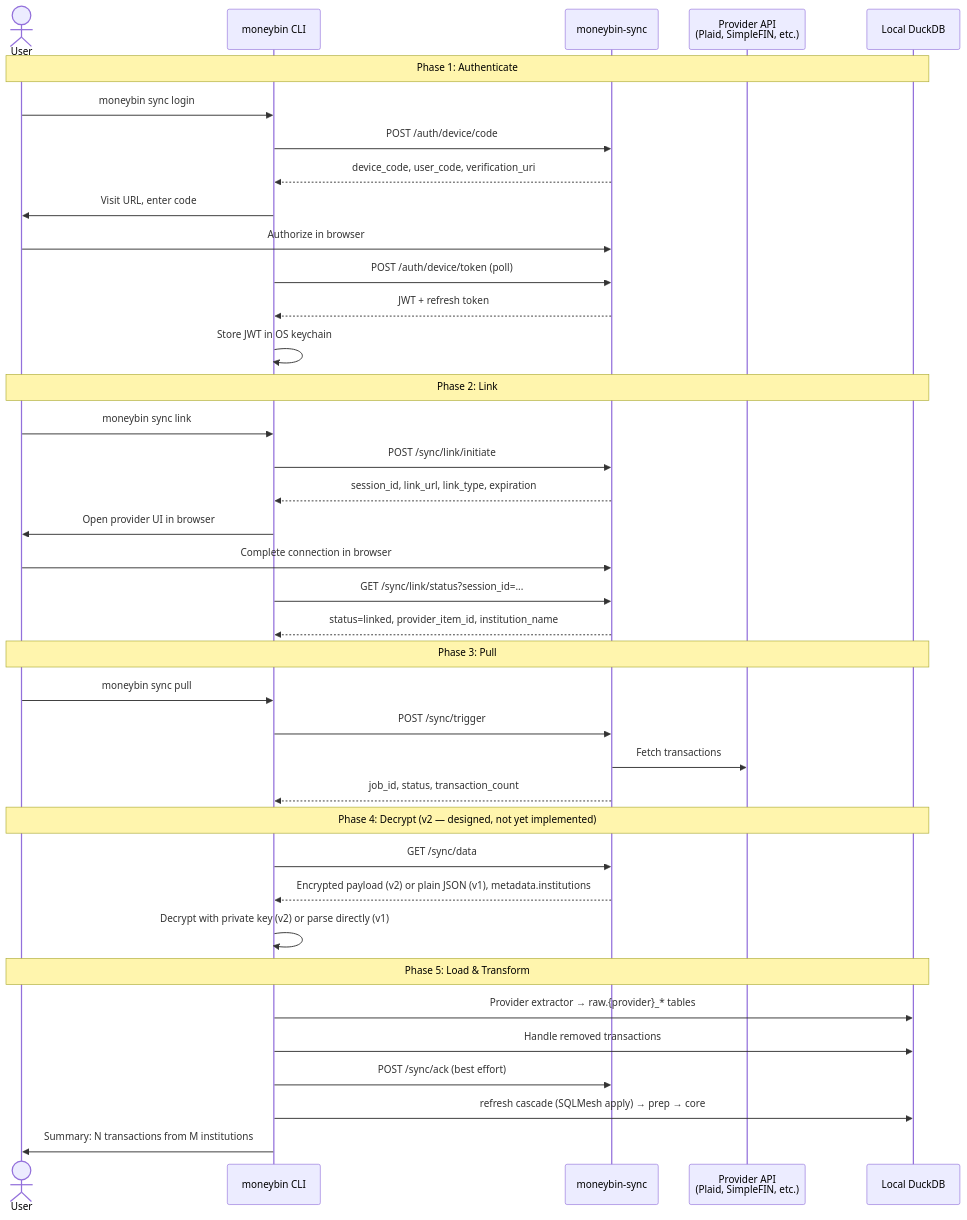
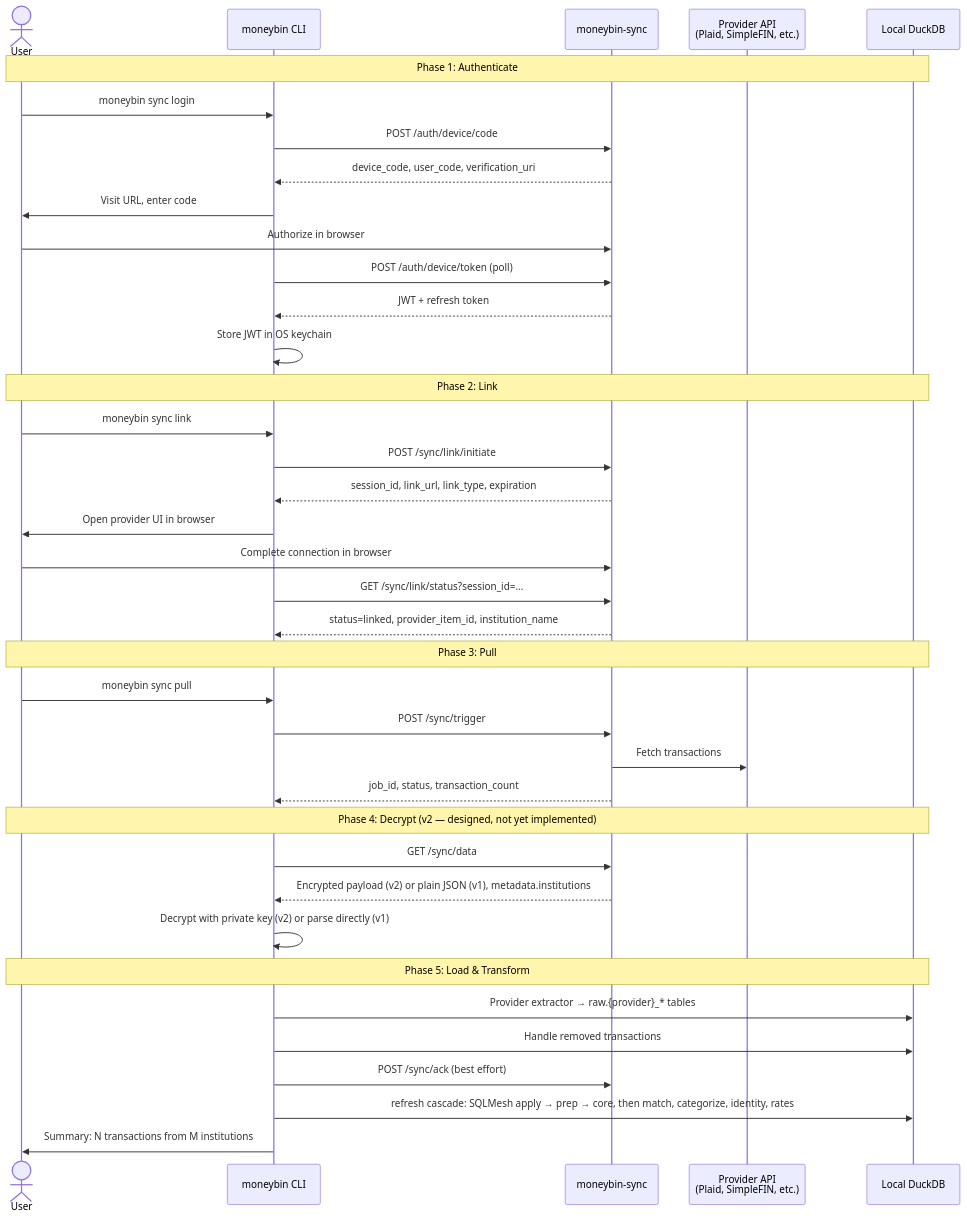
Before and after one commit to bsaffel/moneybin: the first of 2 diagrams in docs/specs/sync-overview.md, drawn with Mermaid. The commit also changed other lines of this file, not shown here.

Commit message:
Name the SQLMesh apply as one step of the post-pull refresh
The sync overview called the refresh cascade a sync pull runs 'a SQLMesh apply'. The pull invokes the same seven-step cascade as 'moneybin refresh', in which the SQLMesh apply is the transform step and matching, categorization, identity resolution, and rate backfill follow. The pull bullet and the sequence diagram now say so.

````diff
--- a/docs/specs/sync-overview.md
+++ b/docs/specs/sync-overview.md
@@ -68,45 +68,45 @@
 ```mermaid
 sequenceDiagram
     actor User
     participant CLI as moneybin CLI
     participant Server as moneybin-sync
     participant Provider as Provider API<br/>(Plaid, SimpleFIN, etc.)
     participant DB as Local DuckDB
 
     Note over User,DB: Phase 1: Authenticate
     User->>CLI: moneybin sync login
     CLI->>Server: POST /auth/device/code
     Server-->>CLI: device_code, user_code, verification_uri
     CLI->>User: Visit URL, enter code
     User->>Server: Authorize in browser
     CLI->>Server: POST /auth/device/token (poll)
     Server-->>CLI: JWT + refresh token
     CLI->>CLI: Store JWT in OS keychain
 
     Note over User,DB: Phase 2: Link
     User->>CLI: moneybin sync link
     CLI->>Server: POST /sync/link/initiate
     Server-->>CLI: session_id, link_url, link_type, expiration
     CLI->>User: Open provider UI in browser
     User->>Server: Complete connection in browser
     CLI->>Server: GET /sync/link/status?session_id=...
     Server-->>CLI: status=linked, provider_item_id, institution_name
 
     Note over User,DB: Phase 3: Pull
     User->>CLI: moneybin sync pull
     CLI->>Server: POST /sync/trigger
     Server->>Provider: Fetch transactions
     Server-->>CLI: job_id, status, transaction_count
 
     Note over User,DB: Phase 4: Decrypt (v2 — designed, not yet implemented)
     CLI->>Server: GET /sync/data
     Server-->>CLI: Encrypted payload (v2) or plain JSON (v1), metadata.institutions
     CLI->>CLI: Decrypt with private key (v2) or parse directly (v1)
 
     Note over User,DB: Phase 5: Load & Transform
     CLI->>DB: Provider extractor → raw.{provider}_* tables
     CLI->>DB: Handle removed transactions
     CLI->>Server: POST /sync/ack (best effort)
-    CLI->>DB: refresh cascade (SQLMesh apply) → prep → core
+    CLI->>DB: refresh cascade: SQLMesh apply → prep → core, then match, categorize, identity, rates
     CLI->>User: Summary: N transactions from M institutions
 ```
````
